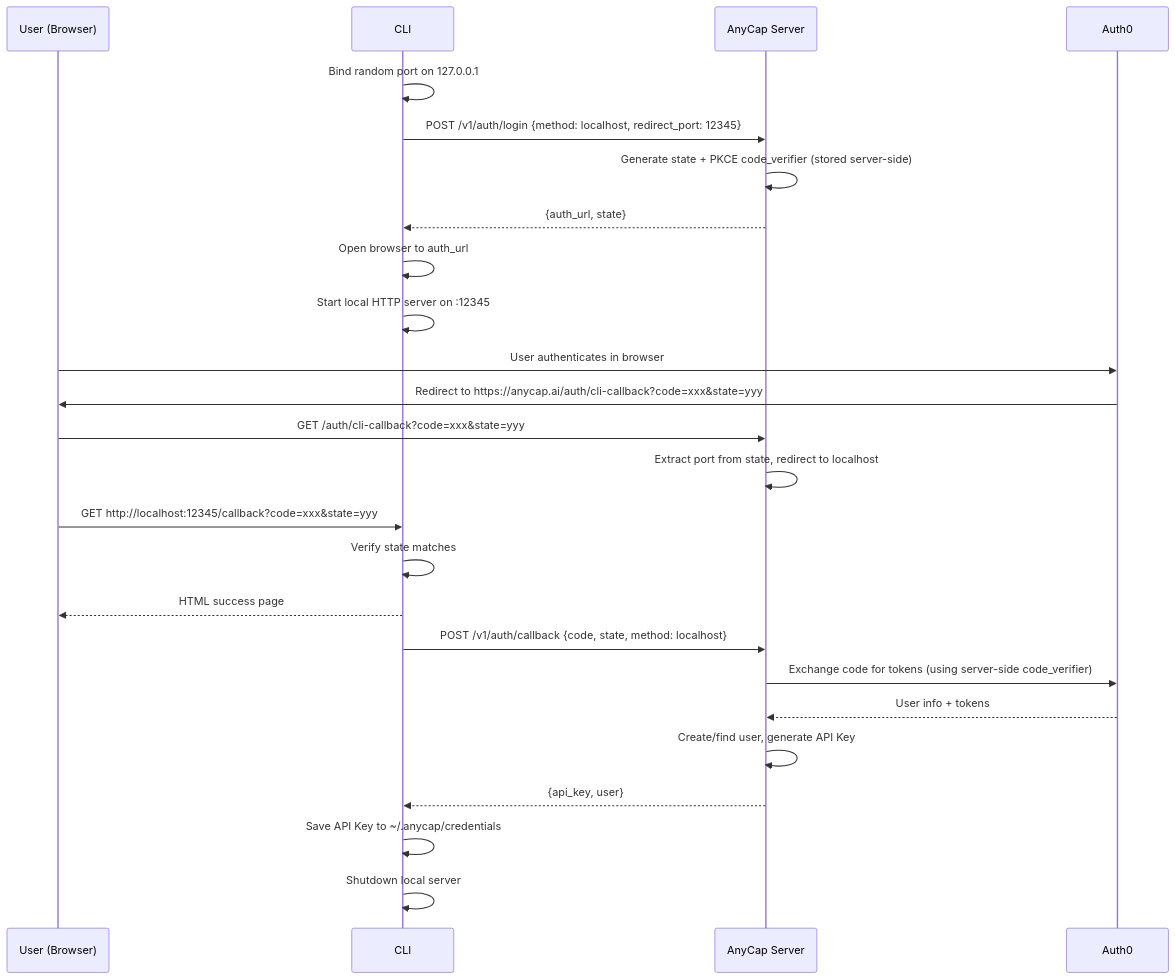
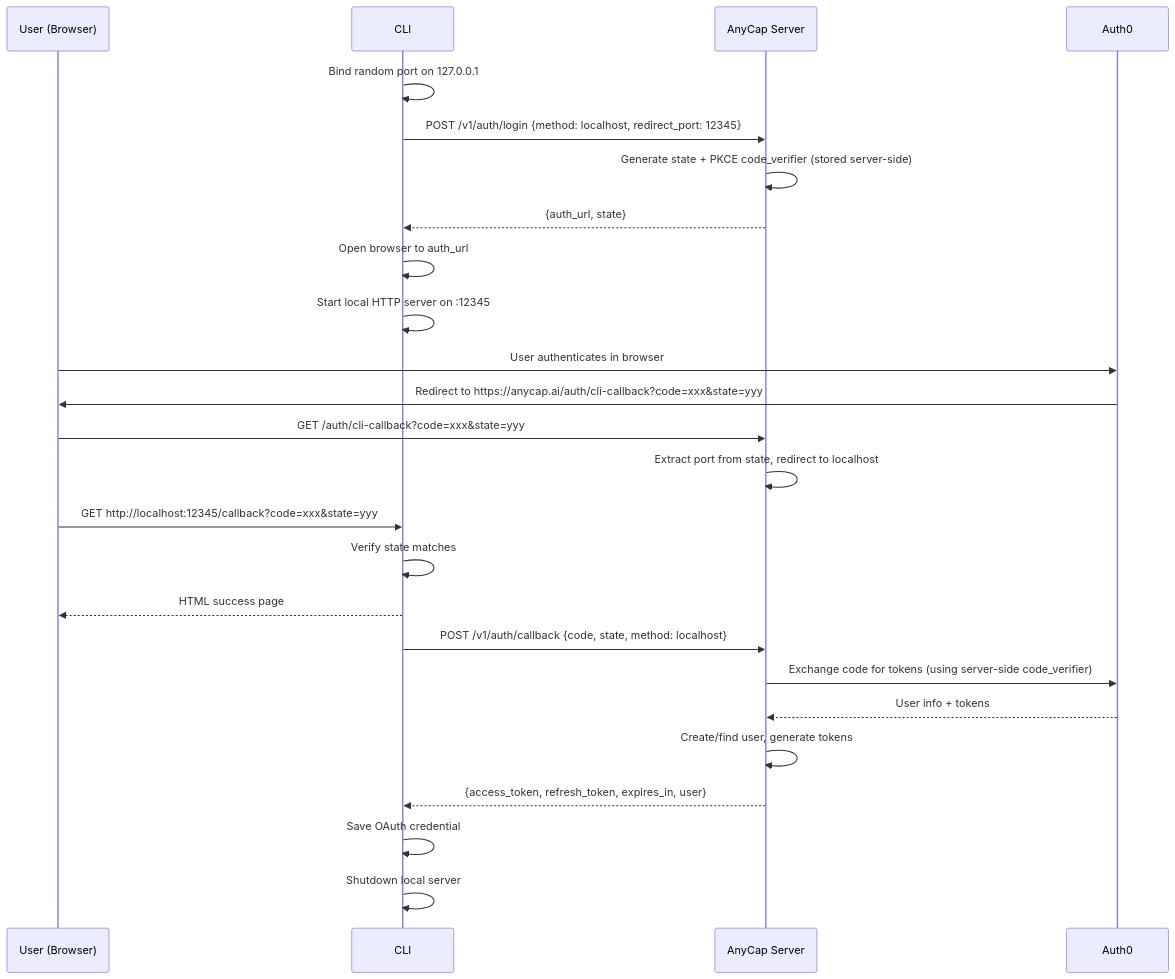
The third of 6 diagrams in docs/cli/spec/oauth.md (anycap-ai/anycap), drawn with Mermaid before and after one commit. The commit also changed other lines of this file and 46 other files, not shown here.

First line of the commit message:
feat(cli): OAuth credential system, config commands, and upload hardening

````diff
--- a/docs/cli/spec/oauth.md
+++ b/docs/cli/spec/oauth.md
@@ -155,33 +234,33 @@
 ```mermaid
 sequenceDiagram
     participant U as User (Browser)
     participant C as CLI
     participant S as AnyCap Server
     participant A as Auth0
 
     C->>C: Bind random port on 127.0.0.1
     C->>S: POST /v1/auth/login {method: localhost, redirect_port: 12345}
     S->>S: Generate state + PKCE code_verifier (stored server-side)
     S-->>C: {auth_url, state}
 
     C->>C: Open browser to auth_url
     C->>C: Start local HTTP server on :12345
 
     U->>A: User authenticates in browser
     A->>U: Redirect to https://anycap.ai/auth/cli-callback?code=xxx&state=yyy
     U->>S: GET /auth/cli-callback?code=xxx&state=yyy
     S->>S: Extract port from state, redirect to localhost
     U->>C: GET http://localhost:12345/callback?code=xxx&state=yyy
 
     C->>C: Verify state matches
     C-->>U: HTML success page
 
     C->>S: POST /v1/auth/callback {code, state, method: localhost}
     S->>A: Exchange code for tokens (using server-side code_verifier)
     A-->>S: User info + tokens
-    S->>S: Create/find user, generate API Key
-    S-->>C: {api_key, user}
+    S->>S: Create/find user, generate tokens
+    S-->>C: {access_token, refresh_token, expires_in, user}
 
-    C->>C: Save API Key to ~/.anycap/credentials
+    C->>C: Save OAuth credential
     C->>C: Shutdown local server
 ```
````
